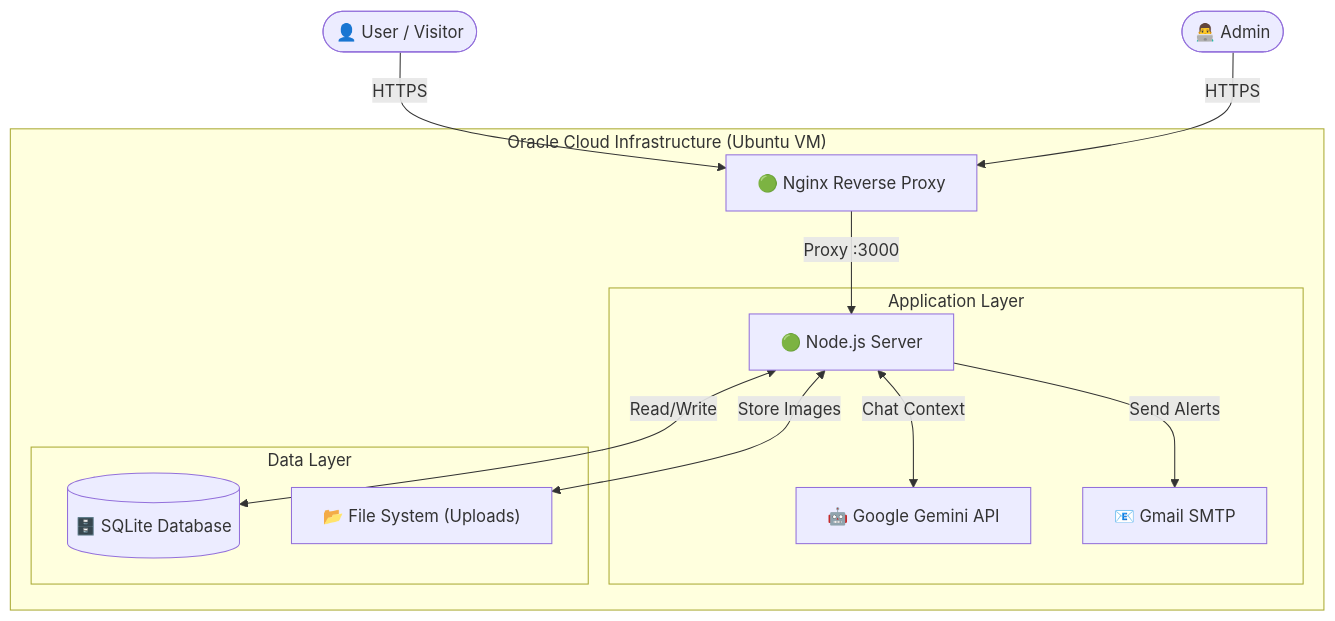
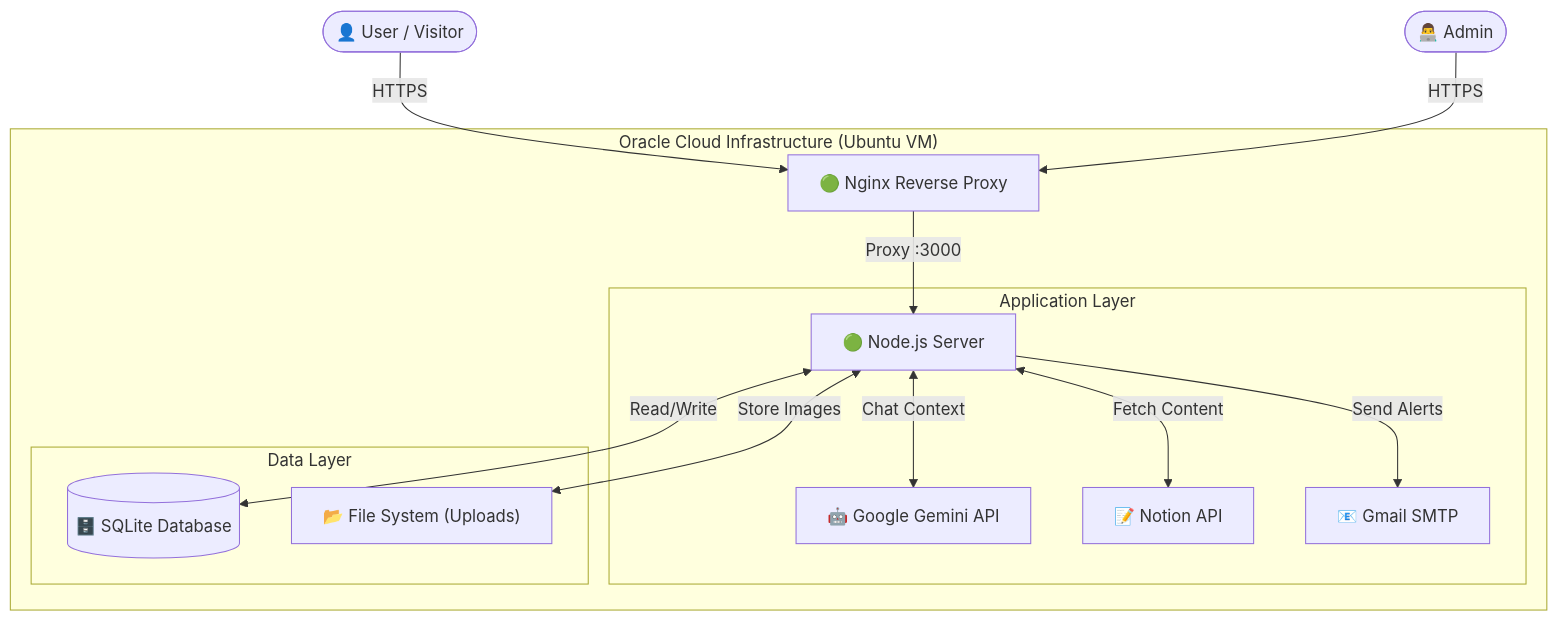
Before and after one commit to YAadnane/Protfolio: the first of 4 diagrams in README.md, drawn with Mermaid. The commit also changed other lines of this file, not shown here.

Commit message:
Update README with Notion integration and Email workflow details

````diff
--- a/README.md
+++ b/README.md
@@ -19,29 +19,31 @@
 ```mermaid
 graph TD
     User([👤 User / Visitor])
     Admin([👨‍💻 Admin])
     
     subgraph "Oracle Cloud Infrastructure (Ubuntu VM)"
         Nginx[🟢 Nginx Reverse Proxy]
         
         subgraph "Application Layer"
             Node[🟢 Node.js Server]
             Gemini[🤖 Google Gemini API]
+            Notion[📝 Notion API]
             SMTP[📧 Gmail SMTP]
         end
         
         subgraph "Data Layer"
             SQLite[("🗄️ SQLite Database")]
             FS["📂 File System (Uploads)"]
         end
     end
     
     User -->|HTTPS| Nginx
     Admin -->|HTTPS| Nginx
     Nginx -->|Proxy :3000| Node
     
     Node <-->|Read/Write| SQLite
     Node <-->|Store Images| FS
     Node <-->|Chat Context| Gemini
+    Node <-->|Fetch Content| Notion
     Node -->|Send Alerts| SMTP
 ```
````
